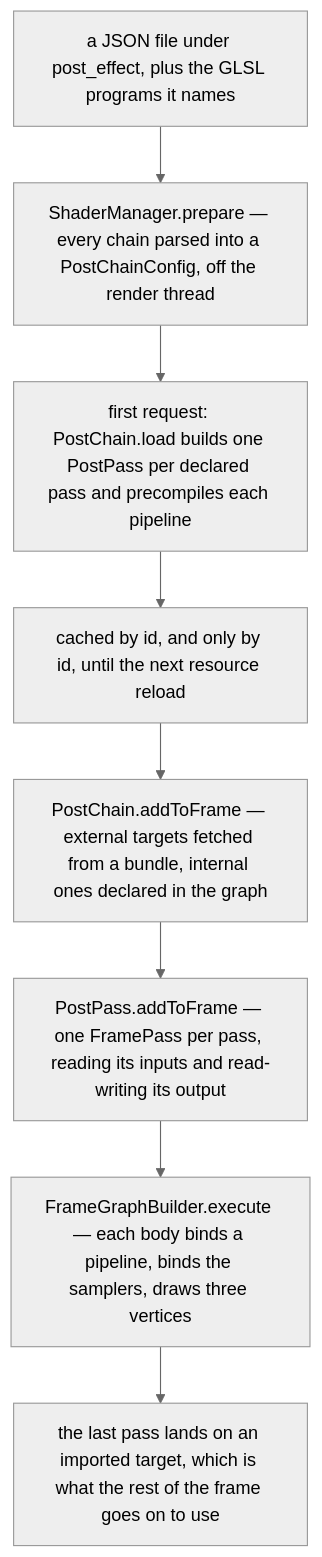
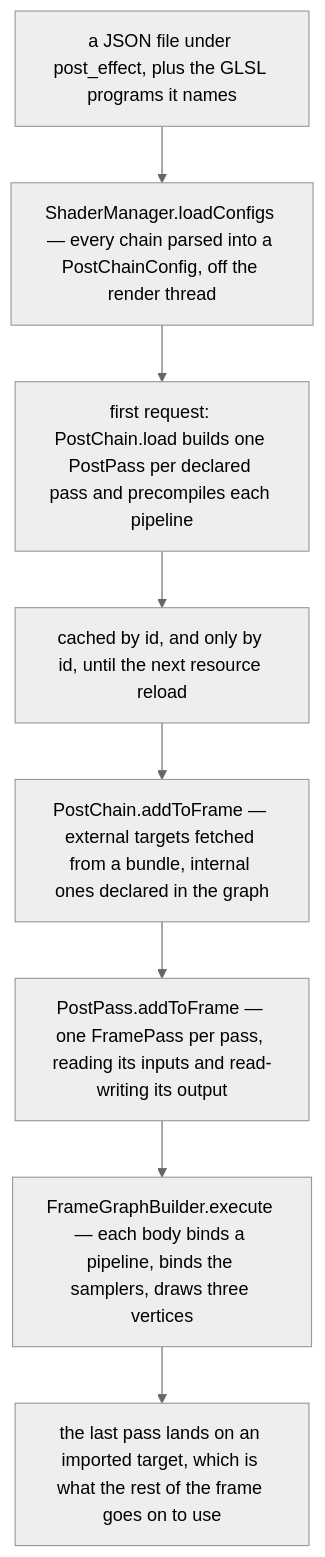
The first of 2 diagrams in src/systems/rendering/post-processing.md (AlexanderjFraser/MinecraftDocs), drawn with Mermaid (neutral theme) before and after one commit. The commit also changed other lines of this file and 68 other files, not shown here.

````diff
--- a/src/systems/rendering/post-processing.md
+++ b/src/systems/rendering/post-processing.md
@@ -45,12 +39,12 @@
 ```mermaid
 flowchart TD
     DISK["a JSON file under post_effect, plus the GLSL programs it names"]
-    PREP["ShaderManager.prepare — every chain parsed into a PostChainConfig, off the render thread"]
+    PREP["ShaderManager.loadConfigs — every chain parsed into a PostChainConfig, off the render thread"]
     LOAD["first request: PostChain.load builds one PostPass per declared pass and precompiles each pipeline"]
     CACHE["cached by id, and only by id, until the next resource reload"]
     ADD["PostChain.addToFrame — external targets fetched from a bundle, internal ones declared in the graph"]
     PASS["PostPass.addToFrame — one FramePass per pass, reading its inputs and read-writing its output"]
     EXEC["FrameGraphBuilder.execute — each body binds a pipeline, binds the samplers, draws three vertices"]
     OUT["the last pass lands on an imported target, which is what the rest of the frame goes on to use"]
     DISK --> PREP --> LOAD --> CACHE --> ADD --> PASS --> EXEC --> OUT
 ```
````
